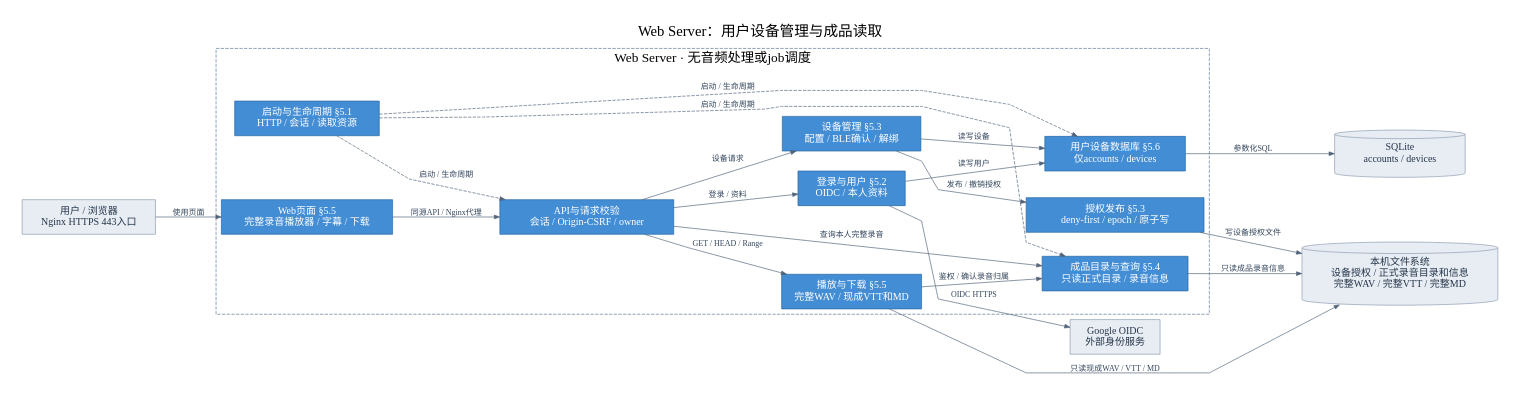
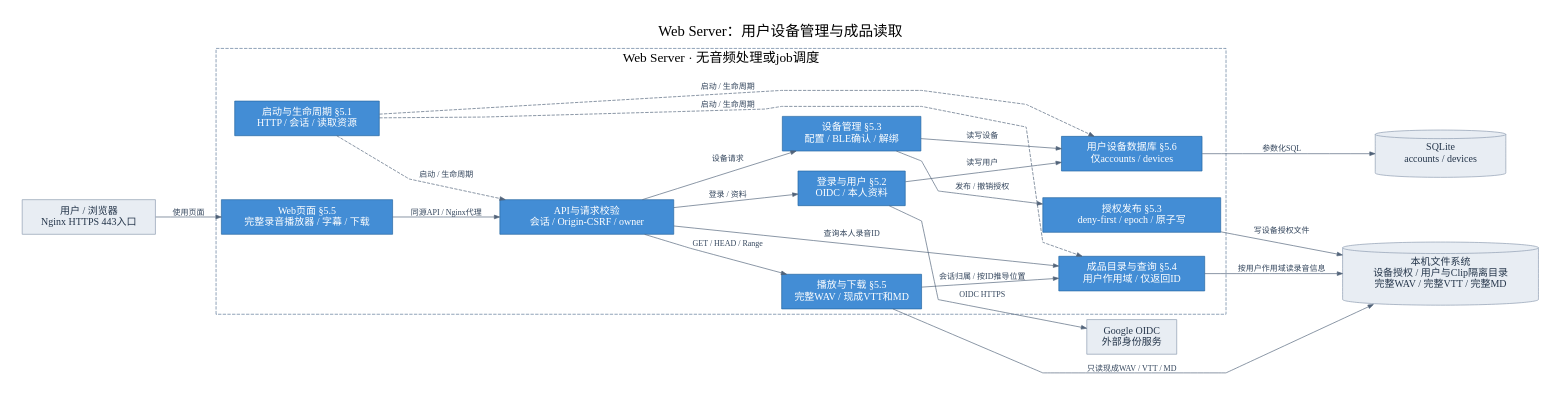
The diagram in docs/assets/diagrams/10-web-components.dot (boboliu-1010/speaker), drawn with Graphviz before and after one commit. The commit also changed 8 other files, not shown here.

```diff
--- a/docs/assets/diagrams/10-web-components.dot
+++ b/docs/assets/diagrams/10-web-components.dot
@@ -1,38 +1,38 @@
 digraph G {
 graph [rankdir=LR, bgcolor="white", pad="0.35", nodesep="0.42", ranksep="0.7", splines=polyline, fontname="PingFang SC", fontsize=22, labelloc=t, label="Web Server：用户设备管理与成品读取"];
 node [shape=box, style=filled, fillcolor="#438dd5", color="#2366a0", fontcolor=white, fontname="PingFang SC", fontsize=15, margin="0.18,0.12"];
 edge [fontname="PingFang SC", fontsize=12, color="#516379", fontcolor="#34465d", arrowsize=0.8];
 subgraph cluster_service { label="Web Server · 无音频处理或job调度"; color="#5a7596"; style=dashed; fontsize=20;
 boot [width=3.01, label="启动与生命周期 §5.1\nHTTP / 会话 / 读取资源"];
 api [width=3.62, label="API与请求校验\n会话 / Origin-CSRF / owner"];
 users [width=2.23, label="登录与用户 §5.2\nOIDC / 本人资料"];
 devices [width=2.89, label="设备管理 §5.3\n配置 / BLE确认 / 解绑"];
 authpub [width=3.71, label="授权发布 §5.3\ndeny-first / epoch / 原子写"];
-query [width=3.04, label="成品目录与查询 §5.4\n只读正式目录 / 录音信息"];
+query [width=3.04, label="成品目录与查询 §5.4\n用户作用域 / 仅返回ID"];
 media [width=2.92, label="播放与下载 §5.5\n完整WAV / 现成VTT和MD"];
 dbport [width=2.93, label="用户设备数据库 §5.6\n仅accounts / devices"];
 page [width=3.57, label="Web页面 §5.5\n完整录音播放器 / 字幕 / 下载"];
 }
 browser [shape=box, width=2.78, fillcolor="#e8edf3", color="#8b9bb0", fontcolor="#24354a", label="用户 / 浏览器\nNginx HTTPS 443入口"];
 google [shape=box, width=1.88, fillcolor="#e8edf3", color="#8b9bb0", fontcolor="#24354a", label="Google OIDC\n外部身份服务"];
 database [shape=cylinder, width=2.72, fillcolor="#e8edf3", color="#8b9bb0", fontcolor="#24354a", label="SQLite\naccounts / devices"];
-fs [shape=cylinder, width=4.08, fillcolor="#e8edf3", color="#8b9bb0", fontcolor="#24354a", label="本机文件系统\n设备授权 / 正式录音目录和信息\n完整WAV / 完整VTT / 完整MD"];
+fs [shape=cylinder, width=4.08, fillcolor="#e8edf3", color="#8b9bb0", fontcolor="#24354a", label="本机文件系统\n设备授权 / 用户与Clip隔离目录\n完整WAV / 完整VTT / 完整MD"];
 browser -> page [label="使用页面"];
 page -> api [label="同源API / Nginx代理"];
 api -> users [label="登录 / 资料"];
 api -> devices [label="设备请求"];
 users -> google [label="OIDC HTTPS"];
 users -> dbport [label="读写用户"];
 devices -> dbport [label="读写设备"];
 devices -> authpub [label="发布 / 撤销授权"];
 authpub -> fs [label="写设备授权文件"];
-api -> query [label="查询本人完整录音"];
-query -> fs [label="只读成品录音信息"];
+api -> query [label="查询本人录音ID"];
+query -> fs [label="按用户作用域读录音信息"];
 api -> media [label="GET / HEAD / Range"];
-media -> query [label="鉴权 / 确认录音归属"];
+media -> query [label="会话归属 / 按ID推导位置"];
 media -> fs [label="只读现成WAV / VTT / MD"];
 dbport -> database [label="参数化SQL"];
 boot -> api [style=dashed, label="启动 / 生命周期", constraint=false];
 boot -> dbport [style=dashed, label="启动 / 生命周期", constraint=false];
 boot -> query [style=dashed, label="启动 / 生命周期", constraint=false];
 }
```
